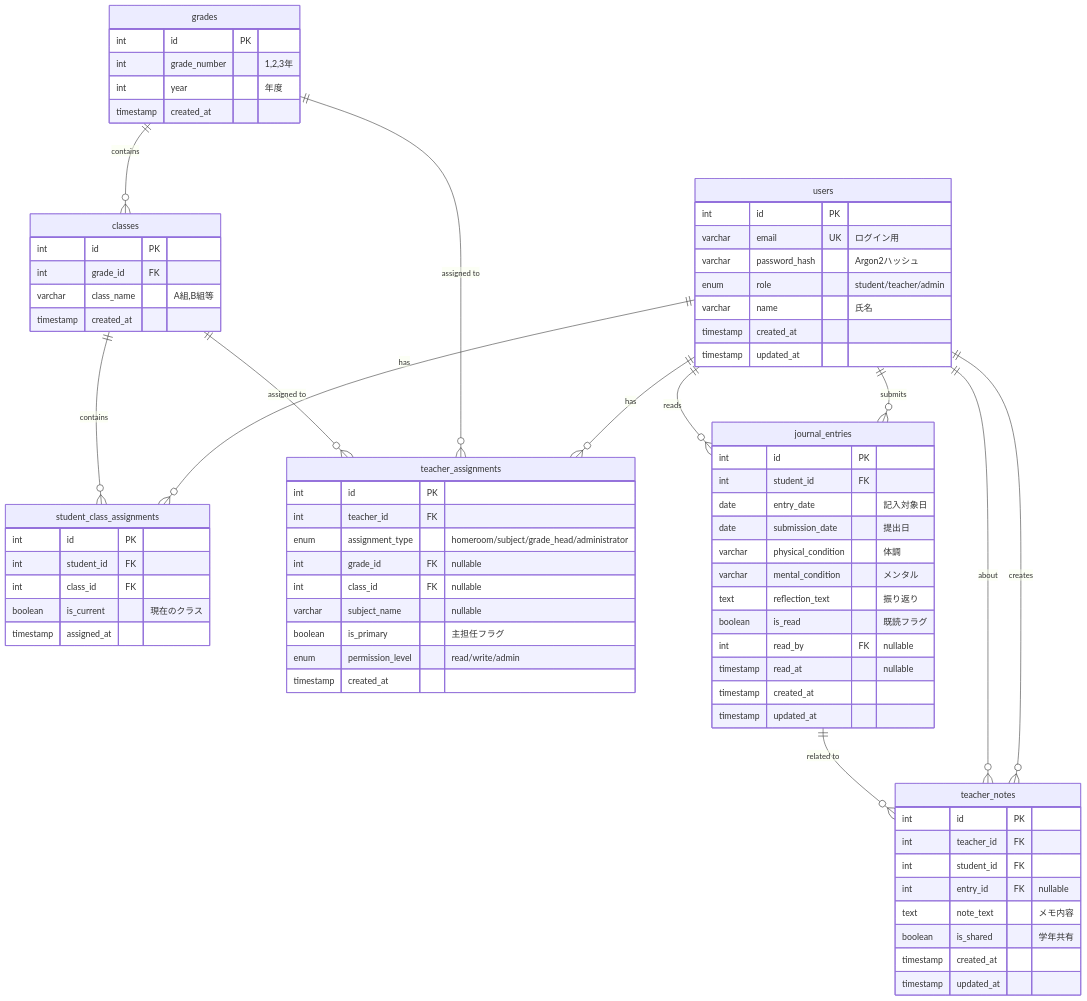
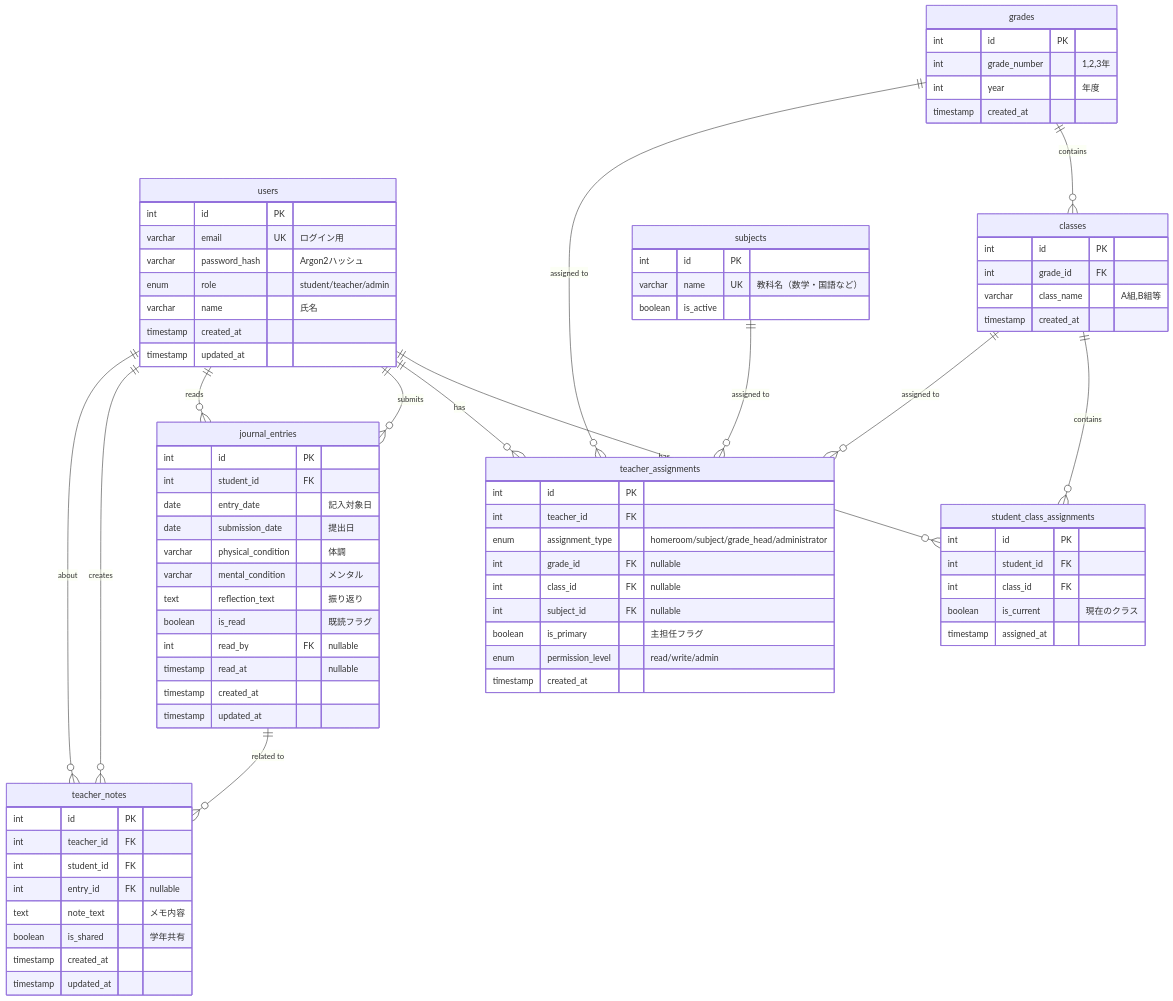
The diagram in re_contact_book_system/docs/er_diagram.mmd (SungyongAn/portfolio), drawn with Mermaid before and after one commit. The commit also changed 5 other files, not shown here.

```diff
--- a/re_contact_book_system/docs/er_diagram.mmd
+++ b/re_contact_book_system/docs/er_diagram.mmd
@@ -1,85 +1,93 @@
 erDiagram
     users ||--o{ student_class_assignments : "has"
     users ||--o{ teacher_assignments : "has"
     users ||--o{ journal_entries : "submits"
     users ||--o{ journal_entries : "reads"
     users ||--o{ teacher_notes : "creates"
     users ||--o{ teacher_notes : "about"
-    
+
     grades ||--o{ classes : "contains"
     grades ||--o{ teacher_assignments : "assigned to"
-    
+
     classes ||--o{ student_class_assignments : "contains"
     classes ||--o{ teacher_assignments : "assigned to"
-    
+
+    subjects ||--o{ teacher_assignments : "assigned to"
+
     journal_entries ||--o{ teacher_notes : "related to"
 
     users {
         int id PK
         varchar email UK "ログイン用"
         varchar password_hash "Argon2ハッシュ"
         enum role "student/teacher/admin"
         varchar name "氏名"
         timestamp created_at
         timestamp updated_at
     }
 
     grades {
         int id PK
         int grade_number "1,2,3年"
         int year "年度"
         timestamp created_at
     }
 
     classes {
         int id PK
         int grade_id FK
         varchar class_name "A組,B組等"
         timestamp created_at
     }
 
+    subjects {
+        int id PK
+        varchar name UK "教科名（数学・国語など）"
+        boolean is_active
+    }
+
     student_class_assignments {
         int id PK
         int student_id FK
         int class_id FK
         boolean is_current "現在のクラス"
         timestamp assigned_at
     }
 
     teacher_assignments {
         int id PK
         int teacher_id FK
         enum assignment_type "homeroom/subject/grade_head/administrator"
         int grade_id FK "nullable"
         int class_id FK "nullable"
-        varchar subject_name "nullable"
+        int subject_id FK "nullable"
         boolean is_primary "主担任フラグ"
         enum permission_level "read/write/admin"
         timestamp created_at
     }
 
     journal_entries {
         int id PK
         int student_id FK
         date entry_date "記入対象日"
         date submission_date "提出日"
         varchar physical_condition "体調"
         varchar mental_condition "メンタル"
         text reflection_text "振り返り"
         boolean is_read "既読フラグ"
         int read_by FK "nullable"
         timestamp read_at "nullable"
         timestamp created_at
         timestamp updated_at
     }
 
     teacher_notes {
         int id PK
         int teacher_id FK
         int student_id FK
         int entry_id FK "nullable"
         text note_text "メモ内容"
         boolean is_shared "学年共有"
         timestamp created_at
         timestamp updated_at
     }
```
